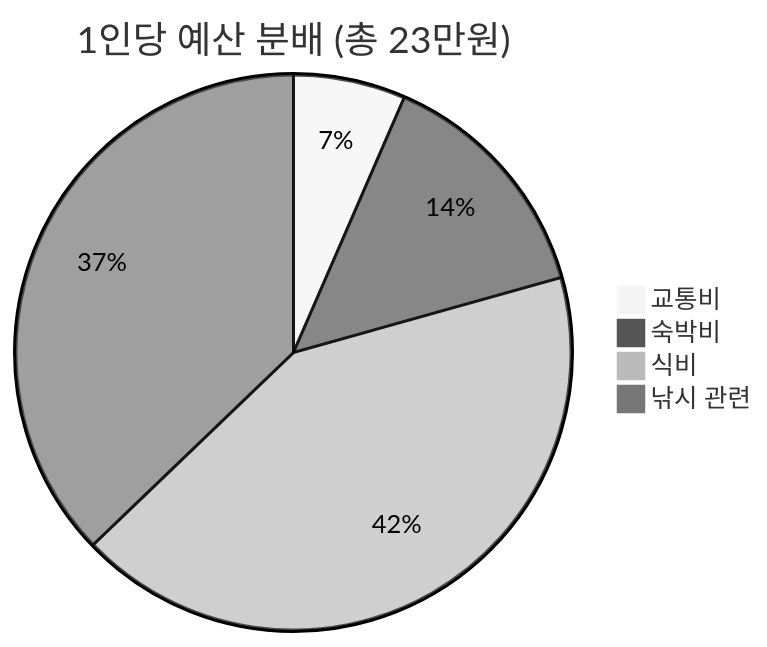
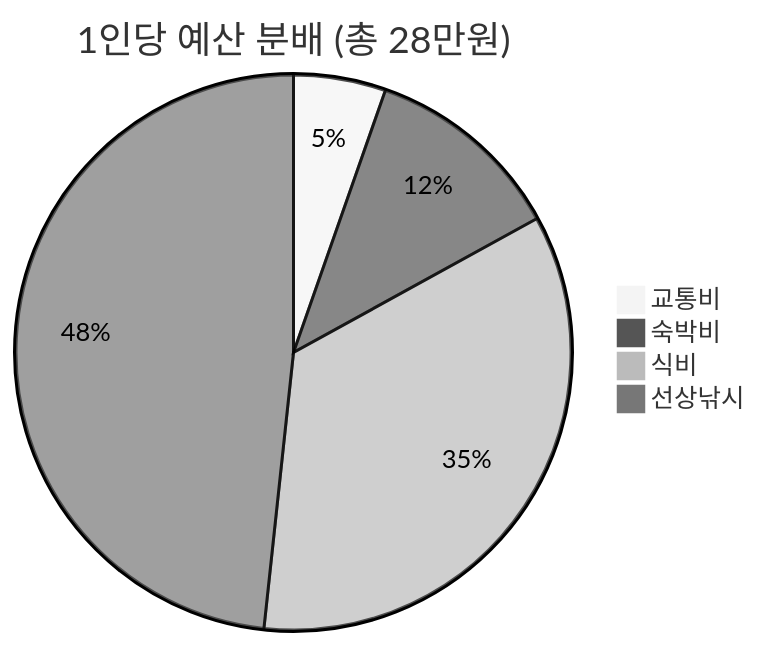
One commit to didghwns0514/matjib_search changed the third of 4 diagrams in README.md. Above: the diagram before and after it, drawn with Mermaid (neutral theme). The commit also changed other lines of this file and 1 other file, not shown here.

First line of the commit message:
🚢 낚시업장 정보 추가 및 선상낚시 완전 가이드 구축

````diff
--- a/README.md
+++ b/README.md
@@ -227,7 +276,7 @@
 ```mermaid
-pie title 1인당 예산 분배 (총 23만원)
+pie title 1인당 예산 분배 (총 28만원)
     "교통비" : 15000
     "숙박비" : 32500
     "식비" : 97000
-    "낚시 관련" : 85500
+    "선상낚시" : 135000
 ```
````
